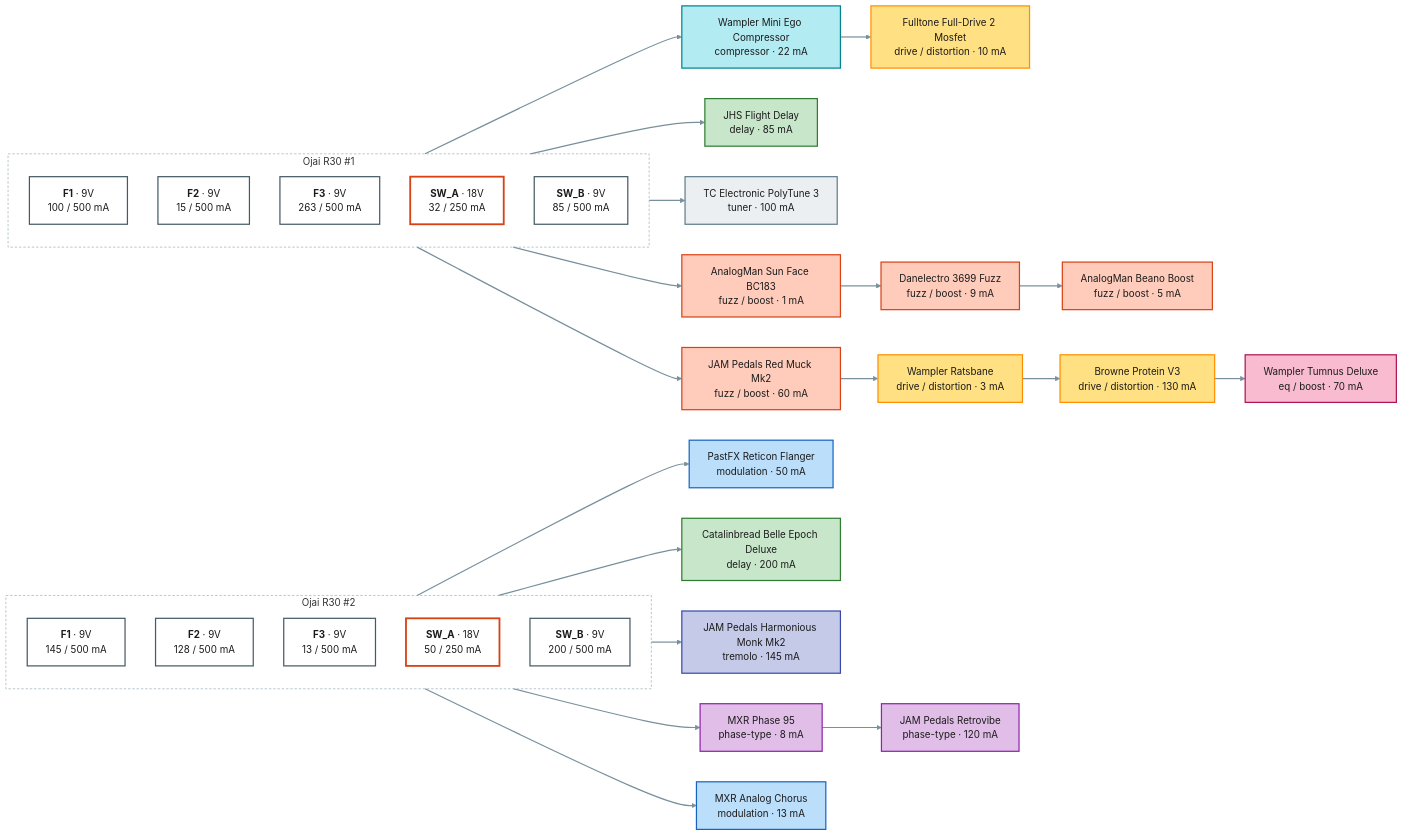
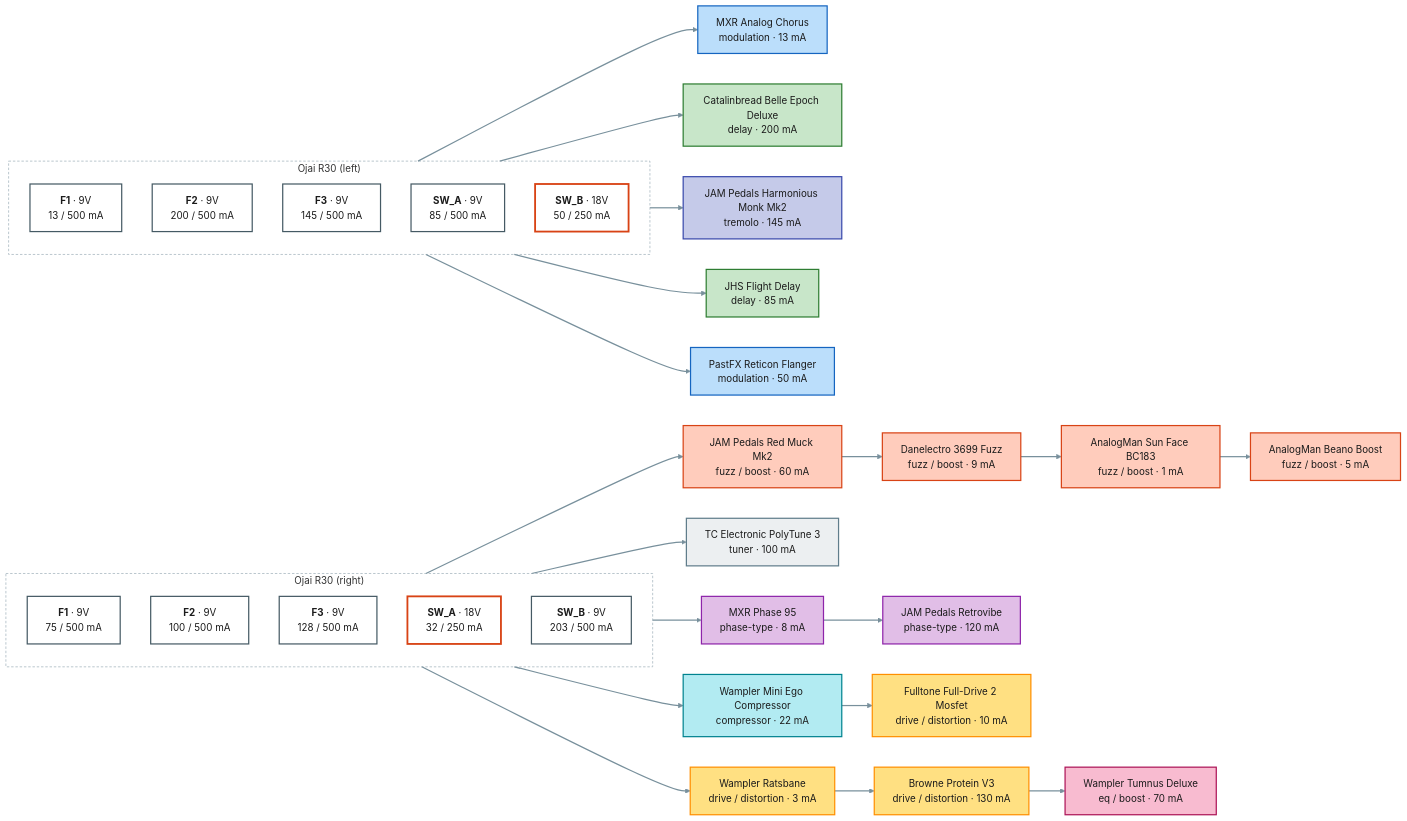
One commit to pedroacvieira/pedalboard changed the second of 2 diagrams in projects/guitar-gig/README.md. Above: the diagram before and after it, drawn with Mermaid. The commit also changed other lines of this file and 3 other files, not shown here.

````diff
--- a/projects/guitar-gig/README.md
+++ b/projects/guitar-gig/README.md
@@ -142,68 +142,68 @@
 ```mermaid
 flowchart LR
-    subgraph psu1["Ojai R30 #1"]
+    subgraph psu1["Ojai R30 (left)"]
         direction TB
-        psu1_F1["<b>F1</b> · 9V<br/>100 / 500 mA"]:::out9
-        psu1_F2["<b>F2</b> · 9V<br/>15 / 500 mA"]:::out9
-        psu1_F3["<b>F3</b> · 9V<br/>263 / 500 mA"]:::out9
-        psu1_SW_A["<b>SW_A</b> · 18V<br/>32 / 250 mA"]:::out18
-        psu1_SW_B["<b>SW_B</b> · 9V<br/>85 / 500 mA"]:::out9
+        psu1_F1["<b>F1</b> · 9V<br/>13 / 500 mA"]:::out9
+        psu1_F2["<b>F2</b> · 9V<br/>200 / 500 mA"]:::out9
+        psu1_F3["<b>F3</b> · 9V<br/>145 / 500 mA"]:::out9
+        psu1_SW_A["<b>SW_A</b> · 9V<br/>85 / 500 mA"]:::out9
+        psu1_SW_B["<b>SW_B</b> · 18V<br/>50 / 250 mA"]:::out18
     end
-    subgraph psu2["Ojai R30 #2"]
+    subgraph psu2["Ojai R30 (right)"]
         direction TB
-        psu2_F1["<b>F1</b> · 9V<br/>145 / 500 mA"]:::out9
-        psu2_F2["<b>F2</b> · 9V<br/>128 / 500 mA"]:::out9
-        psu2_F3["<b>F3</b> · 9V<br/>13 / 500 mA"]:::out9
-        psu2_SW_A["<b>SW_A</b> · 18V<br/>50 / 250 mA"]:::out18
-        psu2_SW_B["<b>SW_B</b> · 9V<br/>200 / 500 mA"]:::out9
+        psu2_F1["<b>F1</b> · 9V<br/>75 / 500 mA"]:::out9
+        psu2_F2["<b>F2</b> · 9V<br/>100 / 500 mA"]:::out9
+        psu2_F3["<b>F3</b> · 9V<br/>128 / 500 mA"]:::out9
+        psu2_SW_A["<b>SW_A</b> · 18V<br/>32 / 250 mA"]:::out18
+        psu2_SW_B["<b>SW_B</b> · 9V<br/>203 / 500 mA"]:::out9
     end
+    analog_chorus["MXR Analog Chorus<br/>modulation · 13 mA"]:::c_modulation
+    belle_epoch["Catalinbread Belle Epoch Deluxe<br/>delay · 200 mA"]:::c_delay
+    monk["JAM Pedals Harmonious Monk Mk2<br/>tremolo · 145 mA"]:::c_tremolo
+    flight_delay["JHS Flight Delay<br/>delay · 85 mA"]:::c_delay
+    reticon["PastFX Reticon Flanger<br/>modulation · 50 mA"]:::c_modulation
+    red_muck["JAM Pedals Red Muck Mk2<br/>fuzz / boost · 60 mA"]:::c_fuzz___boost
+    danelectro_3699["Danelectro 3699 Fuzz<br/>fuzz / boost · 9 mA"]:::c_fuzz___boost
+    sun_face["AnalogMan Sun Face BC183<br/>fuzz / boost · 1 mA"]:::c_fuzz___boost
+    beano["AnalogMan Beano Boost<br/>fuzz / boost · 5 mA"]:::c_fuzz___boost
+    polytune_3["TC Electronic PolyTune 3<br/>tuner · 100 mA"]:::c_tuner
+    phase_95["MXR Phase 95<br/>phase-type · 8 mA"]:::c_phase_type
+    retrovibe["JAM Pedals Retrovibe<br/>phase-type · 120 mA"]:::c_phase_type
     mini_ego["Wampler Mini Ego Compressor<br/>compressor · 22 mA"]:::c_compressor
     fulldrive_2["Fulltone Full-Drive 2 Mosfet<br/>drive / distortion · 10 mA"]:::c_drive___distortion
-    flight_delay["JHS Flight Delay<br/>delay · 85 mA"]:::c_delay
-    polytune_3["TC Electronic PolyTune 3<br/>tuner · 100 mA"]:::c_tuner
-    sun_face["AnalogMan Sun Face BC183<br/>fuzz / boost · 1 mA"]:::c_fuzz___boost
-    danelectro_3699["Danelectro 3699 Fuzz<br/>fuzz / boost · 9 mA"]:::c_fuzz___boost
-    beano["AnalogMan Beano Boost<br/>fuzz / boost · 5 mA"]:::c_fuzz___boost
-    red_muck["JAM Pedals Red Muck Mk2<br/>fuzz / boost · 60 mA"]:::c_fuzz___boost
     ratsbane["Wampler Ratsbane<br/>drive / distortion · 3 mA"]:::c_drive___distortion
     protein["Browne Protein V3<br/>drive / distortion · 130 mA"]:::c_drive___distortion
     tumnus_deluxe["Wampler Tumnus Deluxe<br/>eq / boost · 70 mA"]:::c_eq___boost
-    reticon["PastFX Reticon Flanger<br/>modulation · 50 mA"]:::c_modulation
-    belle_epoch["Catalinbread Belle Epoch Deluxe<br/>delay · 200 mA"]:::c_delay
-    monk["JAM Pedals Harmonious Monk Mk2<br/>tremolo · 145 mA"]:::c_tremolo
-    phase_95["MXR Phase 95<br/>phase-type · 8 mA"]:::c_phase_type
-    retrovibe["JAM Pedals Retrovibe<br/>phase-type · 120 mA"]:::c_phase_type
-    analog_chorus["MXR Analog Chorus<br/>modulation · 13 mA"]:::c_modulation
-    psu1_F1 --> polytune_3
-    psu1_F2 --> sun_face
-    sun_face --> danelectro_3699
-    danelectro_3699 --> beano
-    psu1_F3 --> red_muck
-    red_muck --> ratsbane
+    psu1_F1 --> analog_chorus
+    psu1_F2 --> belle_epoch
+    psu1_F3 --> monk
+    psu1_SW_A --> flight_delay
+    psu1_SW_B --> reticon
+    psu2_F1 --> red_muck
+    red_muck --> danelectro_3699
+    danelectro_3699 --> sun_face
+    sun_face --> beano
+    psu2_F2 --> polytune_3
+    psu2_F3 --> phase_95
+    phase_95 --> retrovibe
+    psu2_SW_A --> mini_ego
+    mini_ego --> fulldrive_2
+    psu2_SW_B --> ratsbane
     ratsbane --> protein
     protein --> tumnus_deluxe
-    psu1_SW_A --> mini_ego
-    mini_ego --> fulldrive_2
-    psu1_SW_B --> flight_delay
-    psu2_F1 --> monk
-    psu2_F2 --> phase_95
-    phase_95 --> retrovibe
-    psu2_F3 --> analog_chorus
-    psu2_SW_A --> reticon
-    psu2_SW_B --> belle_epoch
     classDef out9 fill:#ffffff,stroke:#455a64,stroke-width:2px,color:#1b1b1b
     classDef out18 fill:#ffffff,stroke:#d84315,stroke-width:3px,color:#1b1b1b
     classDef spare fill:#fafafa,stroke:#9e9e9e,stroke-dasharray:4 3,color:#757575
     classDef c_tuner fill:#eceff1,stroke:#607d8b,stroke-width:2px,color:#1b1b1b
     classDef c_compressor fill:#b2ebf2,stroke:#00838f,stroke-width:2px,color:#1b1b1b
     classDef c_fuzz___boost fill:#ffccbc,stroke:#d84315,stroke-width:2px,color:#1b1b1b
     classDef c_drive___distortion fill:#ffe082,stroke:#ff8f00,stroke-width:2px,color:#1b1b1b
     classDef c_phase_type fill:#e1bee7,stroke:#8e24aa,stroke-width:2px,color:#1b1b1b
     classDef c_modulation fill:#bbdefb,stroke:#1565c0,stroke-width:2px,color:#1b1b1b
     classDef c_tremolo fill:#c5cae9,stroke:#3949ab,stroke-width:2px,color:#1b1b1b
     classDef c_delay fill:#c8e6c9,stroke:#2e7d32,stroke-width:2px,color:#1b1b1b
     classDef c_eq___boost fill:#f8bbd0,stroke:#ad1457,stroke-width:2px,color:#1b1b1b
     style psu1 fill:none,stroke:#90a4ae,stroke-dasharray:4 3
     style psu2 fill:none,stroke:#90a4ae,stroke-dasharray:4 3
     linkStyle default stroke:#78909c,stroke-width:2px
 ```
````
